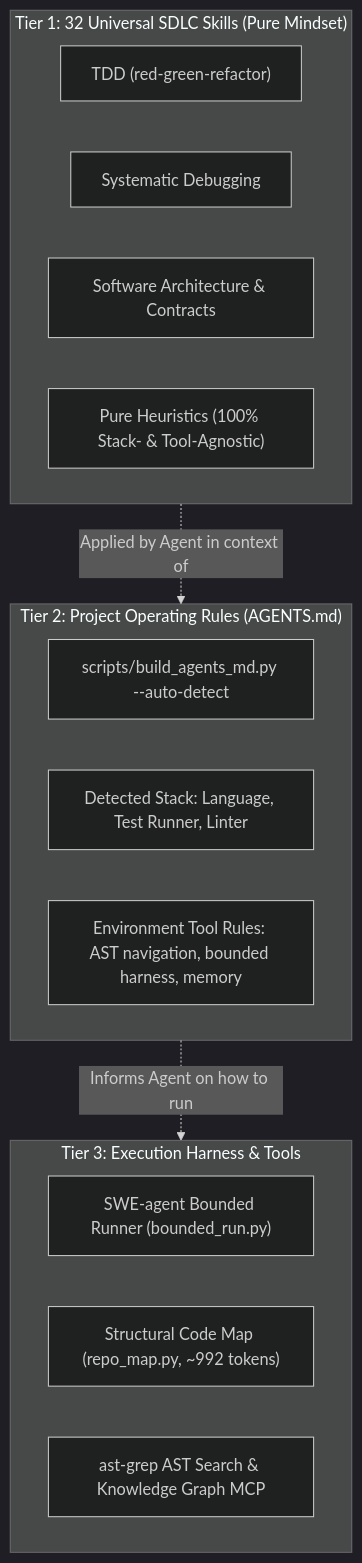
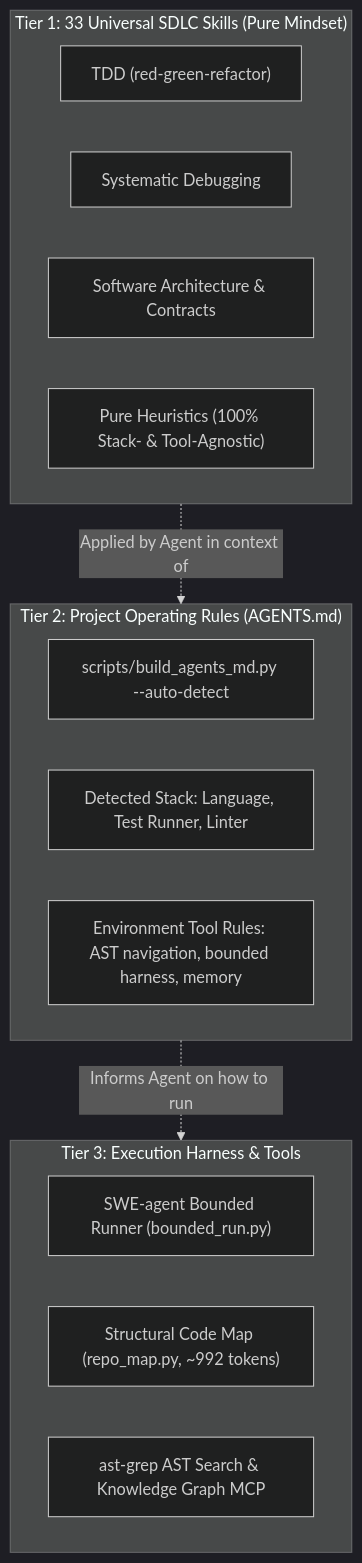
Before and after one commit to nvdung250405/sdlc-skills-pack: the diagram in docs/architecture.md, drawn with Mermaid (dark theme). The commit also changed other lines of this file and 11 other files, not shown here.

````diff
--- a/docs/architecture.md
+++ b/docs/architecture.md
@@ -111,24 +111,24 @@
 ```mermaid
 flowchart TD
-    subgraph TIER1["Tier 1: 32 Universal SDLC Skills (Pure Mindset)"]
+    subgraph TIER1["Tier 1: 33 Universal SDLC Skills (Pure Mindset)"]
         S1["TDD (red-green-refactor)"]
         S2["Systematic Debugging"]
         S3["Software Architecture & Contracts"]
         S4["Pure Heuristics (100% Stack- & Tool-Agnostic)"]
     end
 
     subgraph TIER2["Tier 2: Project Operating Rules (AGENTS.md)"]
         A1["scripts/build_agents_md.py --auto-detect"]
         A2["Detected Stack: Language, Test Runner, Linter"]
         A3["Environment Tool Rules: AST navigation, bounded harness, memory"]
     end
 
     subgraph TIER3["Tier 3: Execution Harness & Tools"]
         H1["SWE-agent Bounded Runner (bounded_run.py)"]
         H2["Structural Code Map (repo_map.py, ~992 tokens)"]
         H3["ast-grep AST Search & Knowledge Graph MCP"]
     end
 
     TIER2 -. "Informs Agent on how to run" .-> TIER3
     TIER1 -. "Applied by Agent in context of" .-> TIER2
 ```
````
